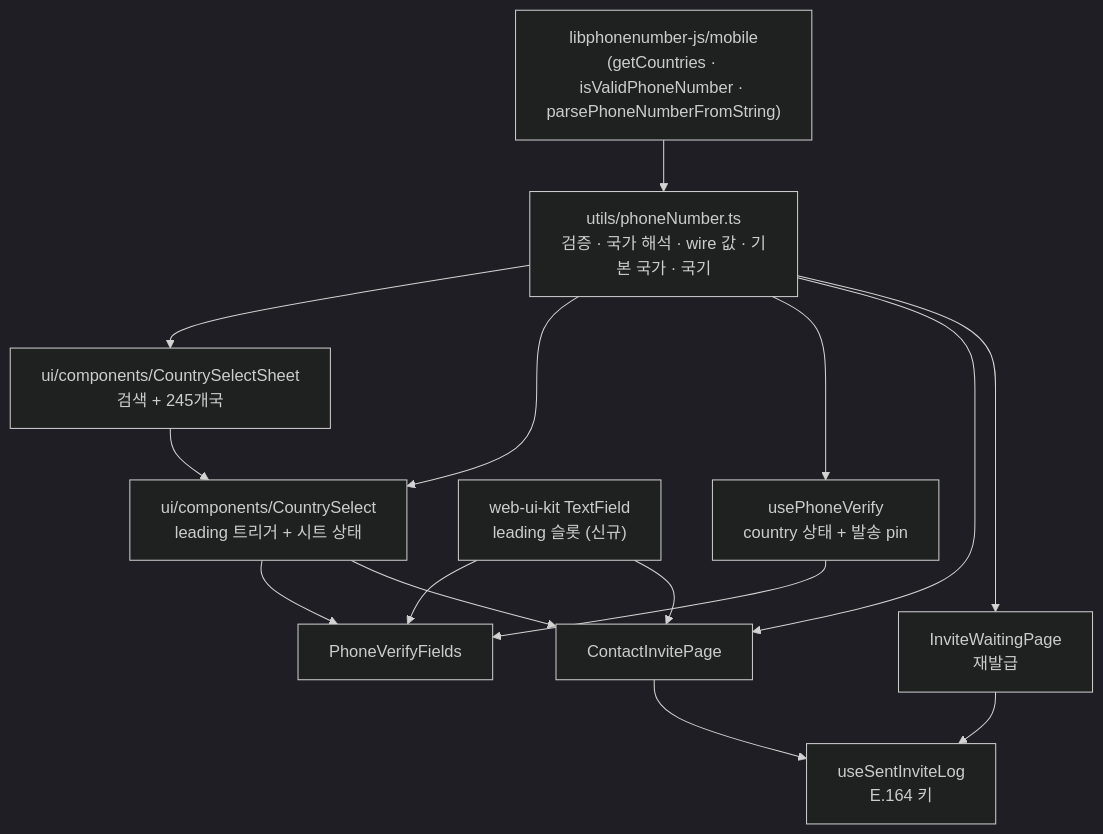
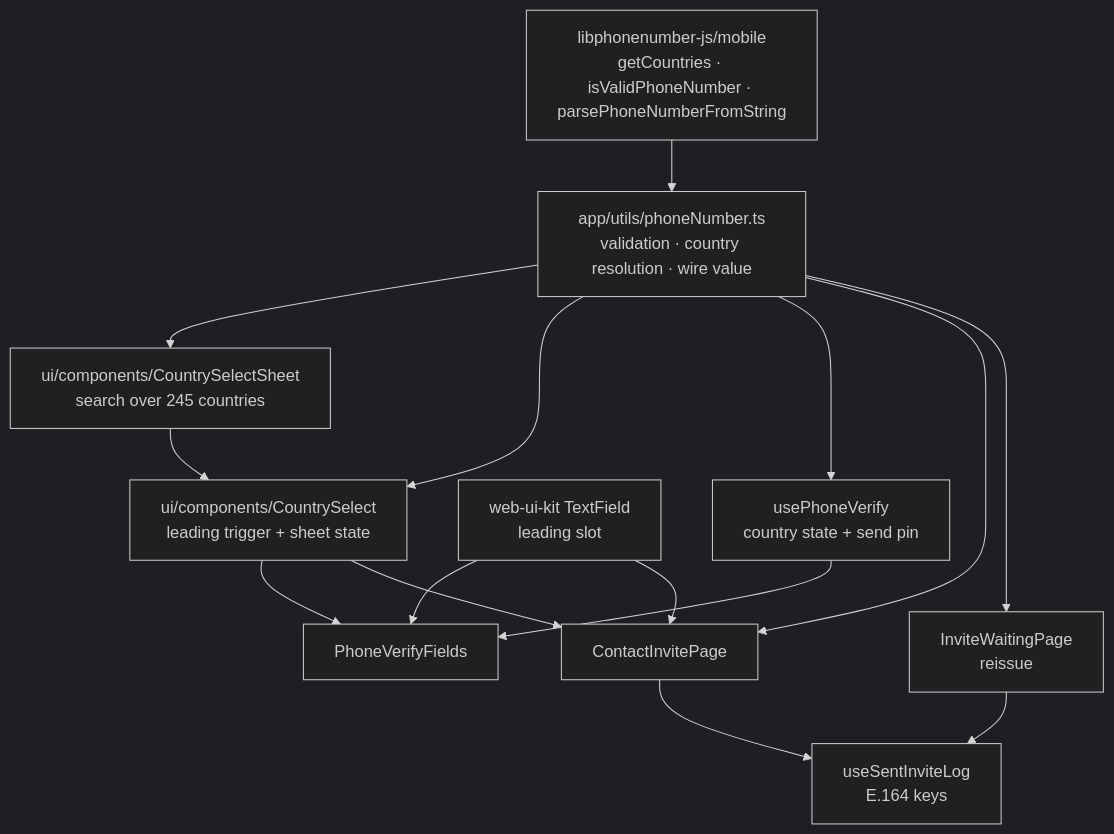
Before and after one commit to lemoncloud-io/dou-app: the diagram in apps/web/docs/feature/auth/international-phone-input.md, drawn with Mermaid (dark theme). The commit also changed other lines of this file, not shown here.

First line of the commit message:
docs(web): rewrite the international phone input doc in english

````diff
--- a/apps/web/docs/feature/auth/international-phone-input.md
+++ b/apps/web/docs/feature/auth/international-phone-input.md
@@ -152,28 +12,28 @@
 ```mermaid
 graph TD
-    LIB["libphonenumber-js/mobile<br/>(getCountries · isValidPhoneNumber · parsePhoneNumberFromString)"]
-    UTIL["utils/phoneNumber.ts<br/>검증 · 국가 해석 · wire 값 · 기본 국가 · 국기"]
-    SHEET["ui/components/CountrySelectSheet<br/>검색 + 245개국"]
-    TRIG["ui/components/CountrySelect<br/>leading 트리거 + 시트 상태"]
-    TF["web-ui-kit TextField<br/>leading 슬롯 (신규)"]
+    LIB["libphonenumber-js/mobile<br/>getCountries · isValidPhoneNumber · parsePhoneNumberFromString"]
+    UTIL["app/utils/phoneNumber.ts<br/>validation · country resolution · wire value"]
+    SHEET["ui/components/CountrySelectSheet<br/>search over 245 countries"]
+    TRIG["ui/components/CountrySelect<br/>leading trigger + sheet state"]
+    TF["web-ui-kit TextField<br/>leading slot"]
     PVF["PhoneVerifyFields"]
-    UPV["usePhoneVerify<br/>country 상태 + 발송 pin"]
+    UPV["usePhoneVerify<br/>country state + send pin"]
     CIP["ContactInvitePage"]
-    IWP["InviteWaitingPage<br/>재발급"]
-    LOG["useSentInviteLog<br/>E.164 키"]
+    IWP["InviteWaitingPage<br/>reissue"]
+    LOG["useSentInviteLog<br/>E.164 keys"]
 
     LIB --> UTIL
     UTIL --> SHEET
     UTIL --> TRIG
     UTIL --> UPV
     UTIL --> CIP
     UTIL --> IWP
     SHEET --> TRIG
     TF --> PVF
     TF --> CIP
     TRIG --> PVF
     TRIG --> CIP
     UPV --> PVF
     CIP --> LOG
     IWP --> LOG
 ```
````
